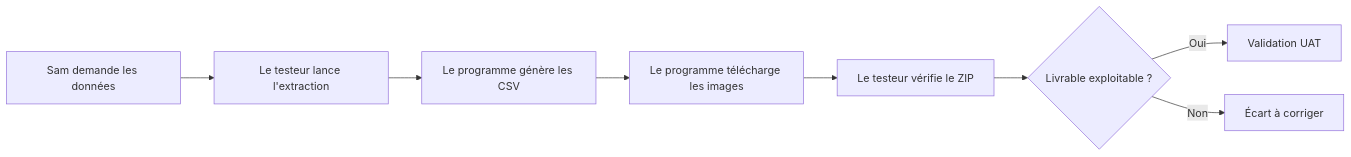
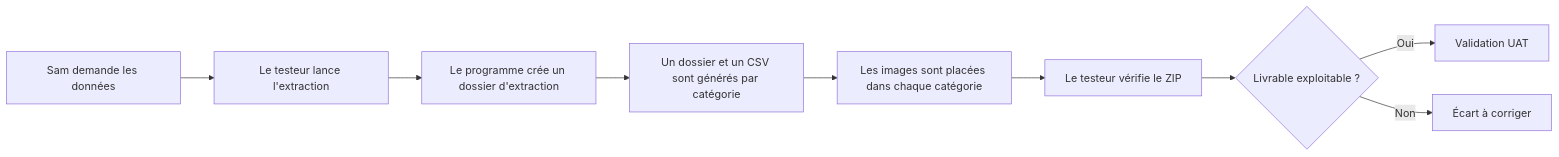
Before and after one commit to fabienhummel/OC-PY02: the third of 3 diagrams in docs/manuel_UAT.md, drawn with Mermaid. The commit also changed other lines of this file, not shown here.

Commit message:
Mettre à jour le manuel UAT pour CSV par catégorie

````diff
--- a/docs/manuel_UAT.md
+++ b/docs/manuel_UAT.md
@@ -170,10 +172,11 @@
 ```mermaid
 flowchart LR
     A[Sam demande les données] --> B[Le testeur lance l'extraction]
-    B --> C[Le programme génère les CSV]
-    C --> D[Le programme télécharge les images]
-    D --> E[Le testeur vérifie le ZIP]
-    E --> F{Livrable exploitable ?}
-    F -->|Oui| G[Validation UAT]
-    F -->|Non| H[Écart à corriger]
+    B --> C[Le programme crée un dossier d'extraction]
+    C --> D[Un dossier et un CSV sont générés par catégorie]
+    D --> E[Les images sont placées dans chaque catégorie]
+    E --> F[Le testeur vérifie le ZIP]
+    F --> G{Livrable exploitable ?}
+    G -->|Oui| H[Validation UAT]
+    G -->|Non| I[Écart à corriger]
 ```
````
